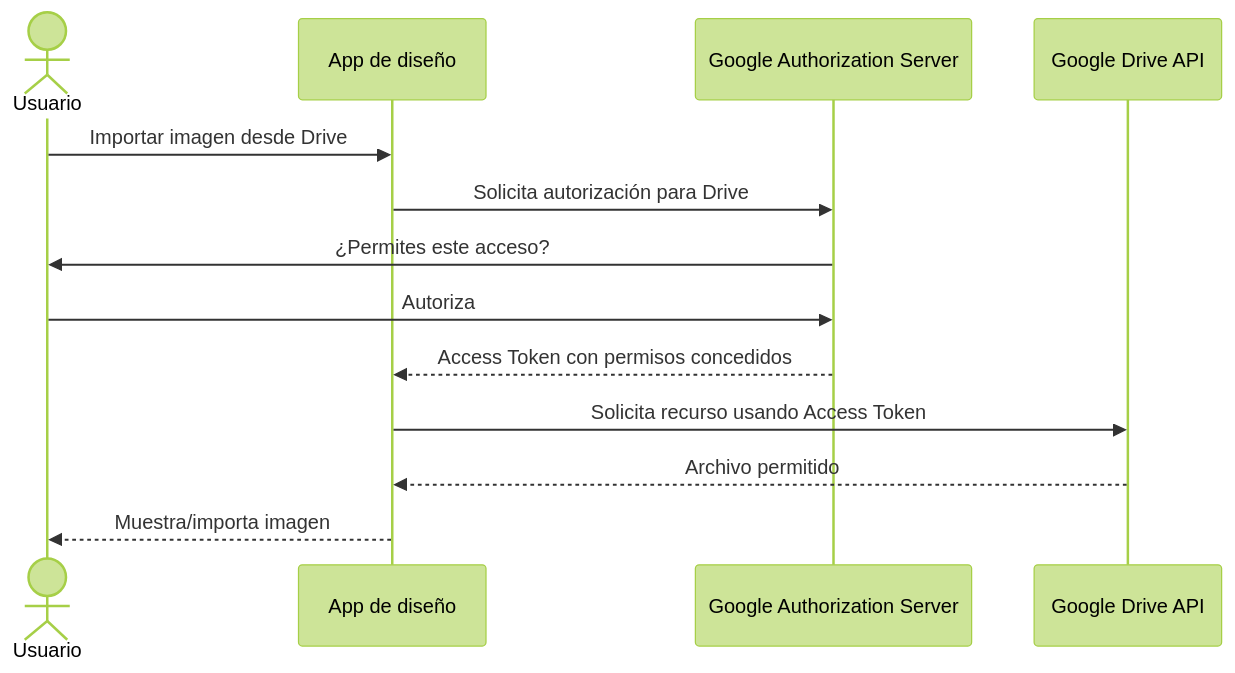
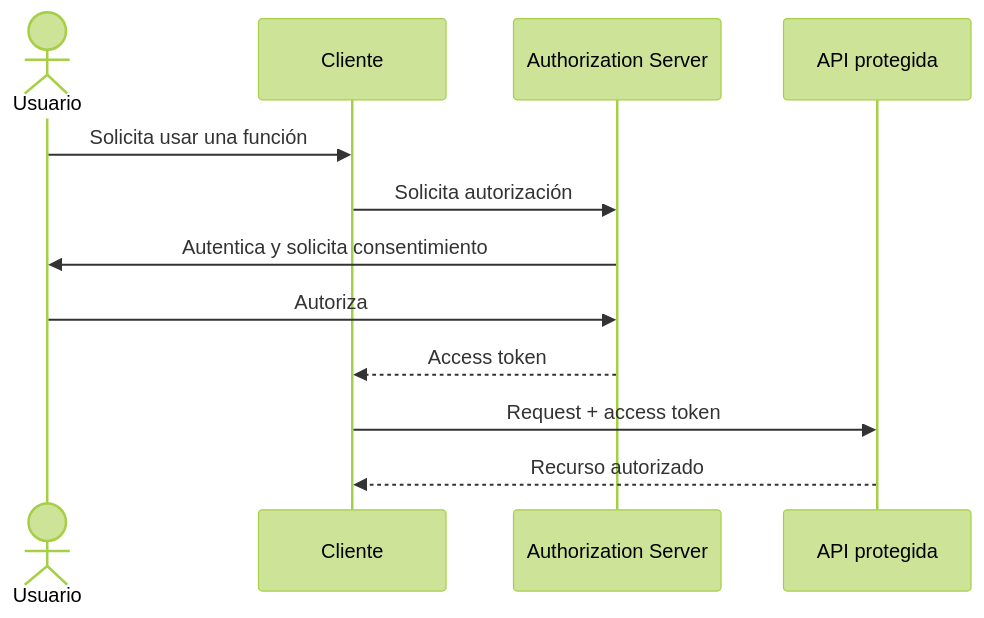
One commit to cmartinezs/DSY1107-DESARROLLO-CLOUD-NATIVE-I-2026-2 changed the second of 8 diagrams in semanas/semana-02/01-oauth2-oidc.md. Above: the diagram before and after it, drawn with Mermaid (forest theme). The commit also changed other lines of this file, not shown here.

Commit message:
docs: fix OAuth/OIDC pedagogy and GitHub-safe Mermaid

````diff
--- a/semanas/semana-02/01-oauth2-oidc.md
+++ b/semanas/semana-02/01-oauth2-oidc.md
@@ -180,16 +46,15 @@
 ```mermaid
 sequenceDiagram
     actor U as Usuario
-    participant C as App de diseño
-    participant G as Google Authorization Server
-    participant D as Google Drive API
+    participant C as Cliente
+    participant AS as Authorization Server
+    participant API as API protegida
 
-    U->>C: Importar imagen desde Drive
-    C->>G: Solicita autorización para Drive
-    G->>U: ¿Permites este acceso?
-    U->>G: Autoriza
-    G-->>C: Access Token con permisos concedidos
-    C->>D: Solicita recurso usando Access Token
-    D-->>C: Archivo permitido
-    C-->>U: Muestra/importa imagen
+    U->>C: Solicita usar una función
+    C->>AS: Solicita autorización
+    AS->>U: Autentica y solicita consentimiento
+    U->>AS: Autoriza
+    AS-->>C: Access token
+    C->>API: Request + access token
+    API-->>C: Recurso autorizado
 ```
````
